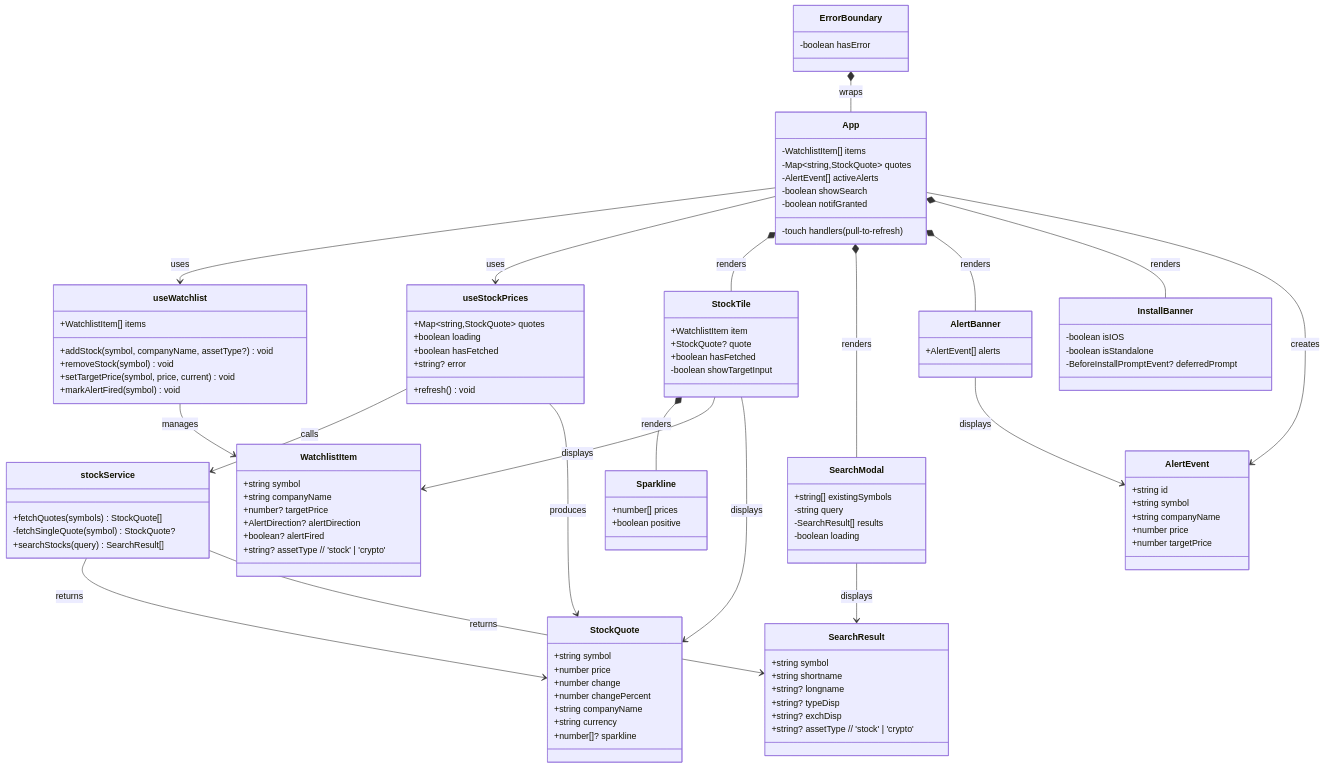
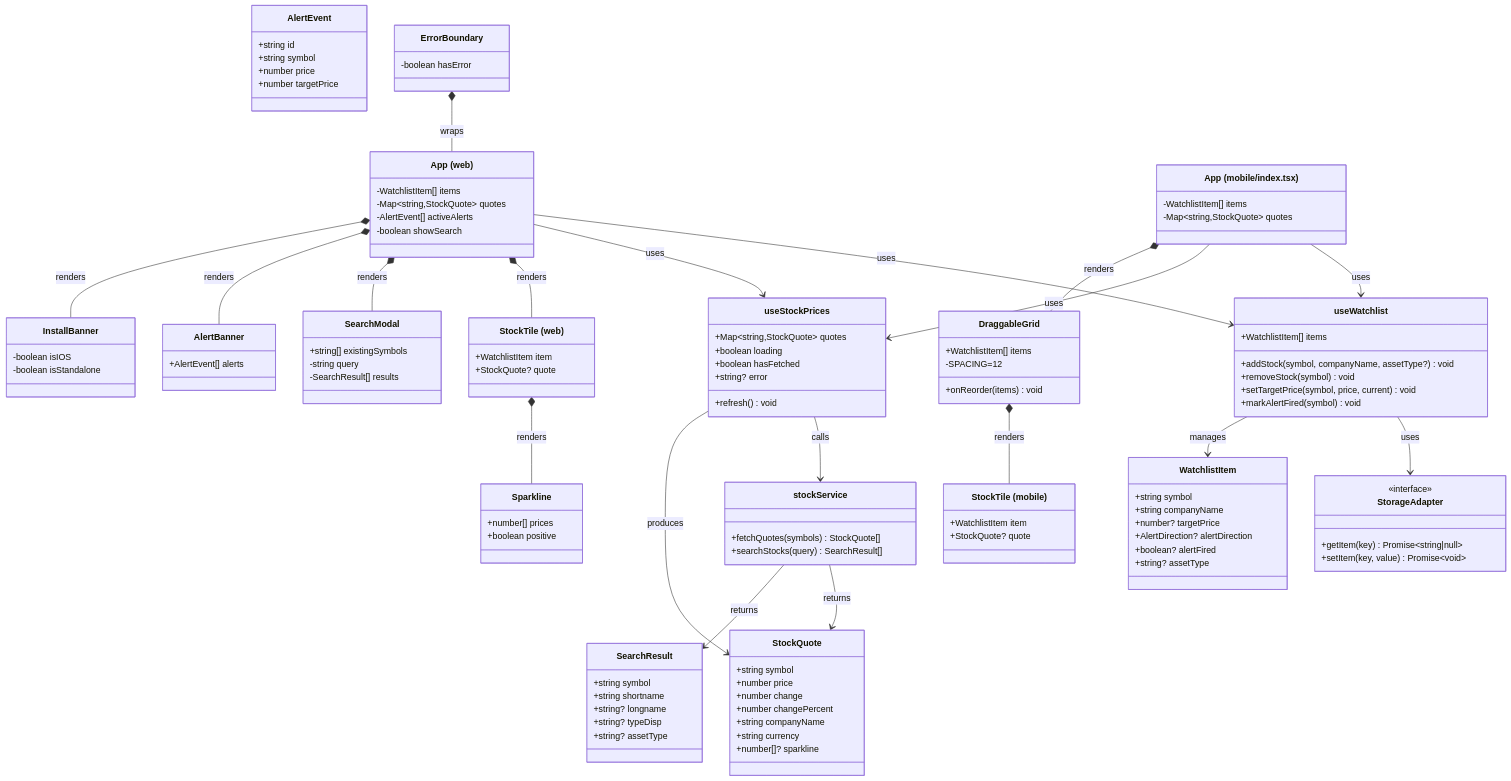
The diagram in ARCHITECTURE.md (AboMSFT/stock-tracker), drawn with Mermaid before and after one commit. The commit also changed other lines of this file and 1 other file, not shown here.

First line of the commit message:
docs: update ARCHITECTURE.md and LEARNING.md for monorepo + iOS

````diff
--- a/ARCHITECTURE.md
+++ b/ARCHITECTURE.md
@@ -173,12 +275,18 @@
 ```mermaid
 classDiagram
+    class StorageAdapter {
+        <<interface>>
+        +getItem(key) Promise~string|null~
+        +setItem(key, value) Promise~void~
+    }
+
     class WatchlistItem {
         +string symbol
         +string companyName
         +number? targetPrice
         +AlertDirection? alertDirection
         +boolean? alertFired
-        +string? assetType  // 'stock' | 'crypto'
+        +string? assetType
     }
 
     class StockQuote {
@@ -196,22 +304,14 @@
         +string shortname
         +string? longname
         +string? typeDisp
-        +string? exchDisp
-        +string? assetType  // 'stock' | 'crypto'
+        +string? assetType
     }
 
     class AlertEvent {
         +string id
         +string symbol
-        +string companyName
         +number price
         +number targetPrice
-    }
-
-    class stockService {
-        +fetchQuotes(symbols) StockQuote[]
-        -fetchSingleQuote(symbol) StockQuote?
-        +searchStocks(query) SearchResult[]
     }
 
     class useWatchlist {
@@ -230,20 +330,21 @@
         +refresh() void
     }
 
-    class App {
+    class stockService {
+        +fetchQuotes(symbols) StockQuote[]
+        +searchStocks(query) SearchResult[]
+    }
+
+    class WebApp["App (web)"] {
         -WatchlistItem[] items
         -Map~string,StockQuote~ quotes
         -AlertEvent[] activeAlerts
         -boolean showSearch
-        -boolean notifGranted
-        -touch handlers (pull-to-refresh)
     }
 
-    class StockTile {
+    class WebStockTile["StockTile (web)"] {
         +WatchlistItem item
         +StockQuote? quote
-        +boolean hasFetched
-        -boolean showTargetInput
     }
 
     class Sparkline {
@@ -255,7 +356,6 @@
         +string[] existingSymbols
         -string query
         -SearchResult[] results
-        -boolean loading
     }
 
     class AlertBanner {
@@ -265,29 +365,46 @@
     class InstallBanner {
         -boolean isIOS
         -boolean isStandalone
-        -BeforeInstallPromptEvent? deferredPrompt
     }
 
     class ErrorBoundary {
         -boolean hasError
     }
 
-    App --> useWatchlist : uses
-    App --> useStockPrices : uses
-    App *-- StockTile : renders
-    App *-- SearchModal : renders
-    App *-- AlertBanner : renders
-    App *-- InstallBanner : renders
-    ErrorBoundary *-- App : wraps
-    StockTile *-- Sparkline : renders
+    class MobileApp["App (mobile/index.tsx)"] {
+        -WatchlistItem[] items
+        -Map~string,StockQuote~ quotes
+    }
+
+    class DraggableGrid {
+        +WatchlistItem[] items
+        +onReorder(items) void
+        -SPACING=12
+    }
+
+    class MobileStockTile["StockTile (mobile)"] {
+        +WatchlistItem item
+        +StockQuote? quote
+    }
+
+    useWatchlist --> StorageAdapter : uses
     useWatchlist --> WatchlistItem : manages
     useStockPrices --> stockService : calls
     useStockPrices --> StockQuote : produces
     stockService --> StockQuote : returns
     stockService --> SearchResult : returns
-    App --> AlertEvent : creates
-    StockTile --> WatchlistItem : displays
-    StockTile --> StockQuote : displays
-    SearchModal --> SearchResult : displays
-    AlertBanner --> AlertEvent : displays
+
+    WebApp --> useWatchlist : uses
+    WebApp --> useStockPrices : uses
+    WebApp *-- WebStockTile : renders
+    WebApp *-- SearchModal : renders
+    WebApp *-- AlertBanner : renders
+    WebApp *-- InstallBanner : renders
+    WebStockTile *-- Sparkline : renders
+    ErrorBoundary *-- WebApp : wraps
+
+    MobileApp --> useWatchlist : uses
+    MobileApp --> useStockPrices : uses
+    MobileApp *-- DraggableGrid : renders
+    DraggableGrid *-- MobileStockTile : renders
 ```
````
